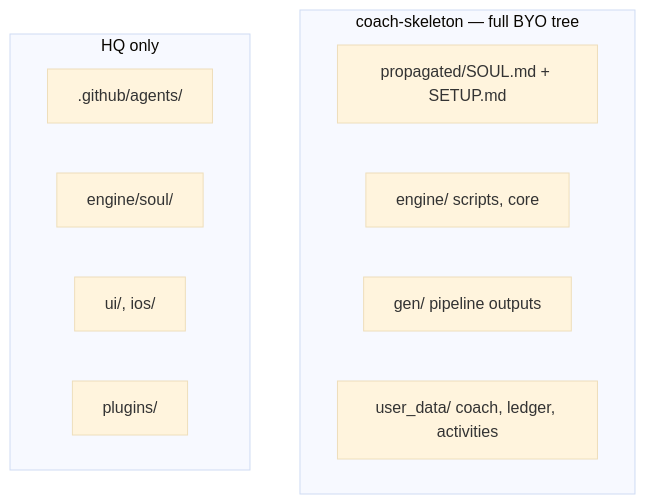
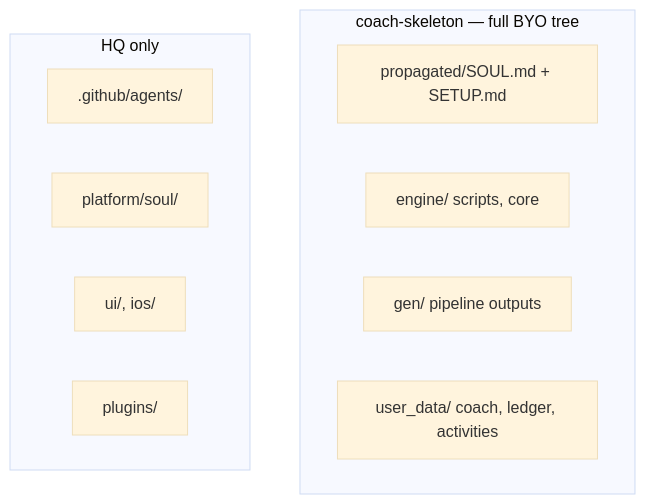
One commit to sibling-shipyard/coach-hq changed the second of 4 diagrams in docs/engineering/m1-plan.md. Above: the diagram before and after it, drawn with Mermaid (base theme). The commit also changed other lines of this file and 23 other files, not shown here.

First line of the commit message:
refactor: R3 move soul and operator scripts to platform/

````diff
--- a/docs/engineering/m1-plan.md
+++ b/docs/engineering/m1-plan.md
@@ -47,15 +47,15 @@
 ```mermaid
 flowchart TB
   subgraph skel["coach-skeleton — full BYO tree"]
     soul["propagated/SOUL.md + SETUP.md"]
     eng["engine/ scripts, core"]
     gen["gen/ pipeline outputs"]
     ud["user_data/ coach, ledger, activities"]
   end
   subgraph hq_only["HQ only"]
     agents[".github/agents/"]
-    soul_src["engine/soul/"]
+    soul_src["platform/soul/"]
     ui["ui/, ios/"]
     plugins["plugins/"]
   end
 ```
````
